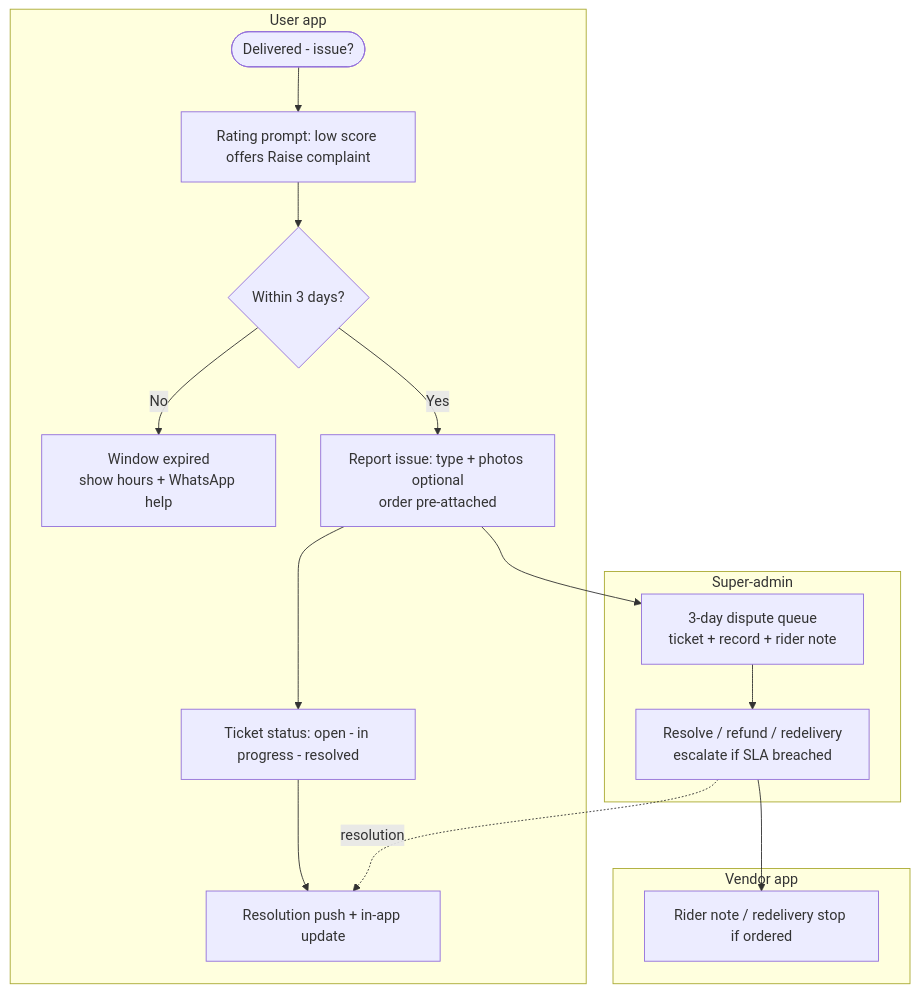
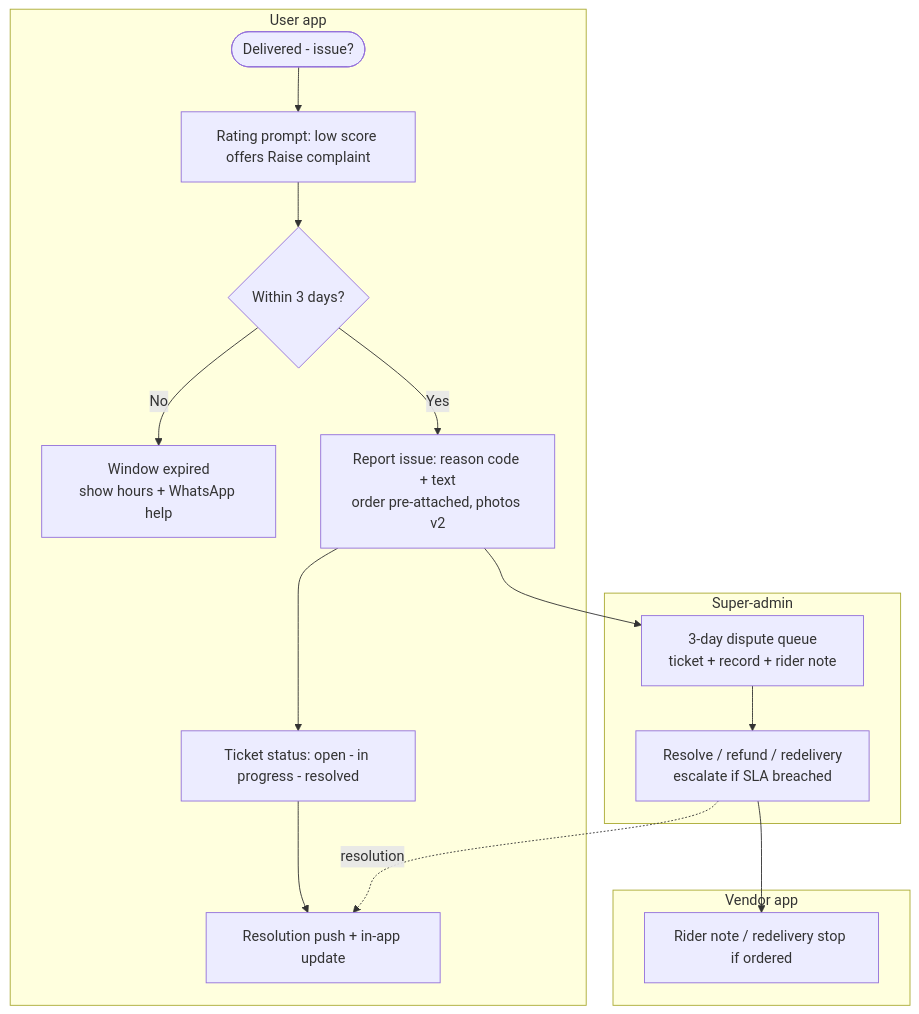
Before and after one commit to aadityathakur452007/water: the eighth of 9 diagrams in Feature_docs/synthesis/user-flows.md, drawn with Mermaid. The commit also changed 16 other files, not shown here.

````diff
--- a/Feature_docs/synthesis/user-flows.md
+++ b/Feature_docs/synthesis/user-flows.md
@@ -186,20 +186,20 @@
 ```mermaid
 flowchart TD
     subgraph UAPP[User app]
         C1([Delivered - issue?]) --> C2[Rating prompt: low score offers Raise complaint]
         C2 --> C3{Within 3 days?}
         C3 -- No --> C4[Window expired<br/>show hours + WhatsApp help]
-        C3 -- Yes --> C5[Report issue: type + photos optional<br/>order pre-attached]
+        C3 -- Yes --> C5[Report issue: reason code + text<br/>order pre-attached, photos v2]
         C5 --> C6[Ticket status: open - in progress - resolved]
         C6 --> C7[Resolution push + in-app update]
     end
     subgraph ADMIN[Super-admin]
         A1[3-day dispute queue<br/>ticket + record + rider note] --> A2[Resolve / refund / redelivery<br/>escalate if SLA breached]
     end
     subgraph VAPP[Vendor app]
         V1[Rider note / redelivery stop if ordered]
     end
     C5 --> A1
     A2 --> V1
     A2 -. resolution .-> C7
 ```
````
